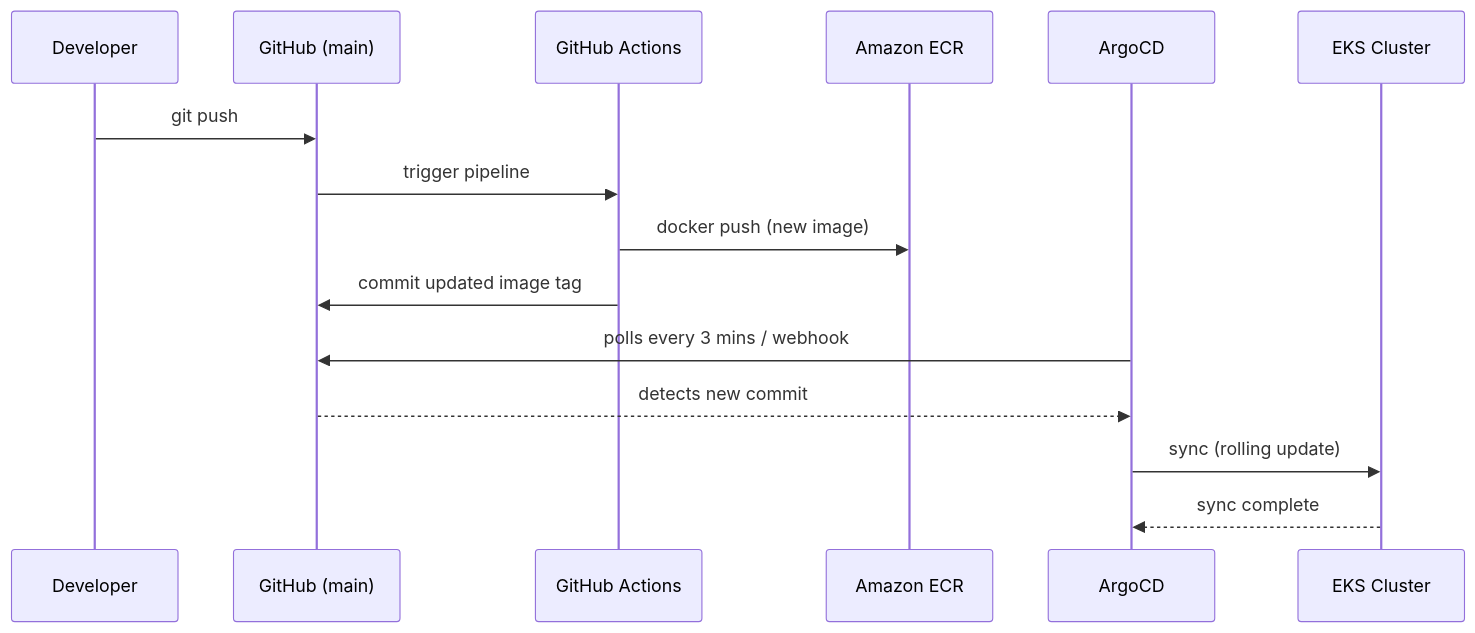
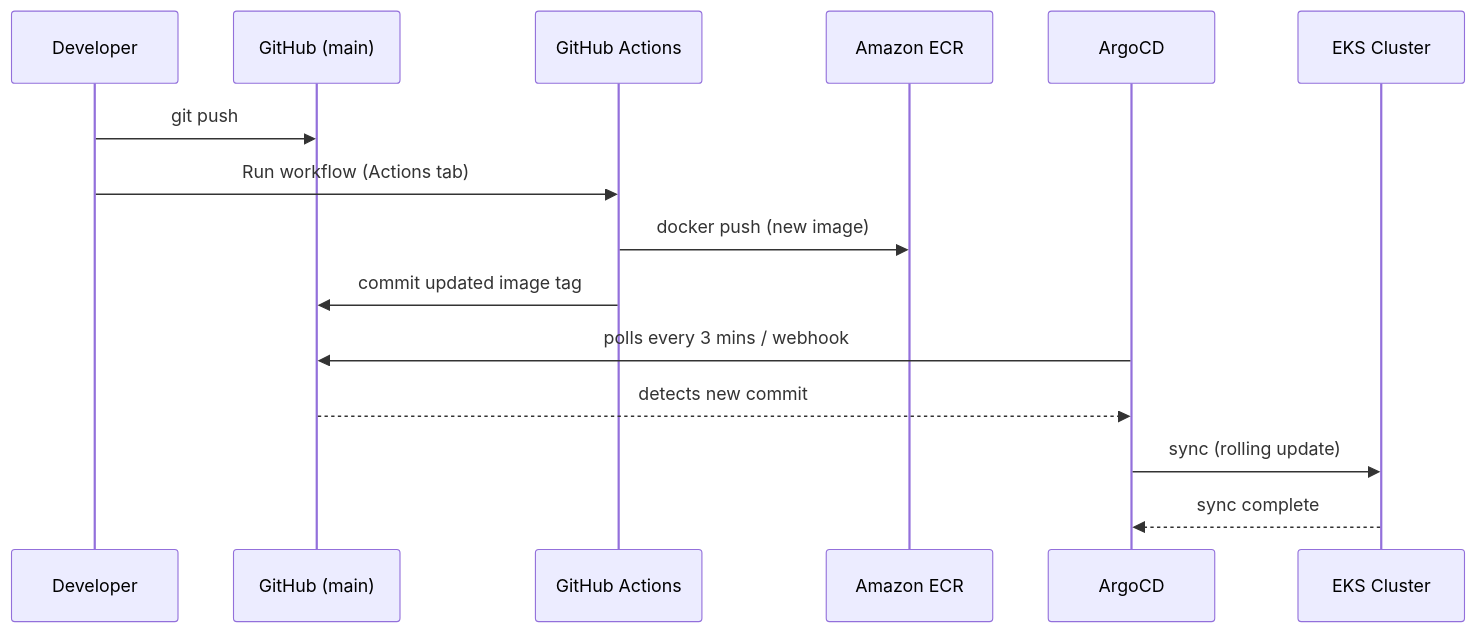
One commit to hamzashah14/E-Commerce-Microservices changed the sixth of 8 diagrams in docs/workflow.md. Above: the diagram before and after it, drawn with Mermaid. The commit also changed other lines of this file and 4 other files, not shown here.

First line of the commit message:
Run the CI workflow only by hand to save Actions minutes

````diff
--- a/docs/workflow.md
+++ b/docs/workflow.md
@@ -151,18 +151,18 @@
 ```mermaid
 sequenceDiagram
     participant Dev as Developer
     participant GH as GitHub (main)
     participant CI as GitHub Actions
     participant ECR as Amazon ECR
     participant Argo as ArgoCD
     participant EKS as EKS Cluster
 
     Dev->>GH: git push
-    GH->>CI: trigger pipeline
+    Dev->>CI: Run workflow (Actions tab)
     CI->>ECR: docker push (new image)
     CI->>GH: commit updated image tag
     Argo->>GH: polls every 3 mins / webhook
     GH-->>Argo: detects new commit
     Argo->>EKS: sync (rolling update)
     EKS-->>Argo: sync complete
 ```
````
